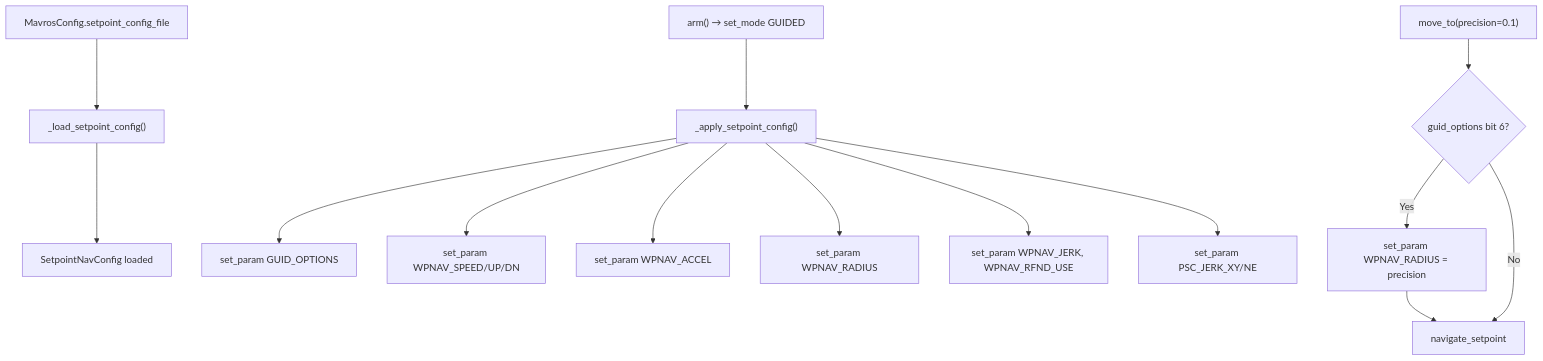
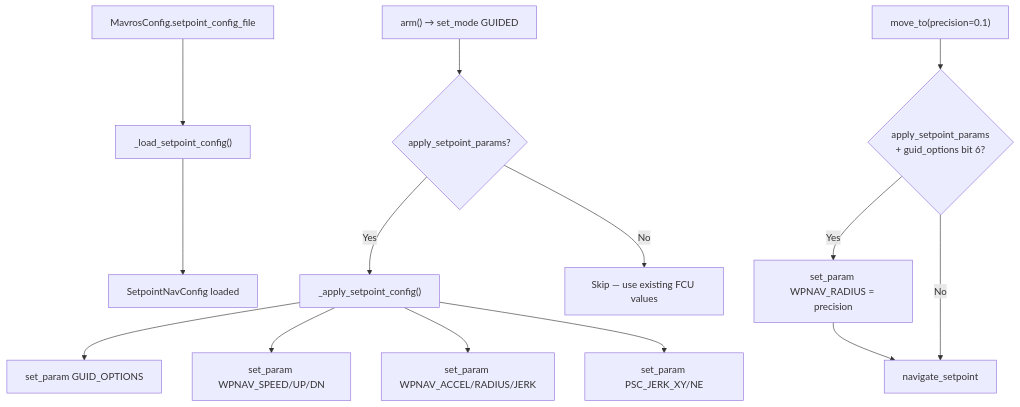
The third of 3 diagrams in nectar/nectar/control/mavros/README.md (Black-Bee-Drones/nectar-sdk), drawn with Mermaid before and after one commit. The commit also changed other lines of this file and 2 other files, not shown here.

Commit message:
feat: introduce apply_setpoint_params option to control FCU parameter application during setpoint updates

````diff
--- a/nectar/nectar/control/mavros/README.md
+++ b/nectar/nectar/control/mavros/README.md
@@ -896,16 +899,16 @@
 ```mermaid
 flowchart TD
     A["MavrosConfig.setpoint_config_file"] --> B["_load_setpoint_config()"]
     B --> C["SetpointNavConfig loaded"]
-    D["arm() → set_mode GUIDED"] --> E["_apply_setpoint_config()"]
-    E --> F["set_param GUID_OPTIONS"]
-    E --> G["set_param WPNAV_SPEED/UP/DN"]
-    E --> H["set_param WPNAV_ACCEL"]
-    E --> I["set_param WPNAV_RADIUS"]
-    E --> Ij["set_param WPNAV_JERK, WPNAV_RFND_USE"]
-    E --> Ip["set_param PSC_JERK_XY/NE"]
-    J["move_to(precision=0.1)"] --> K{"guid_options bit 6?"}
+    D["arm() → set_mode GUIDED"] --> E{"apply_setpoint_params?"}
+    E -->|Yes| F["_apply_setpoint_config()"]
+    F --> G["set_param GUID_OPTIONS"]
+    F --> H["set_param WPNAV_SPEED/UP/DN"]
+    F --> I["set_param WPNAV_ACCEL/RADIUS/JERK"]
+    F --> Ip["set_param PSC_JERK_XY/NE"]
+    E -->|No| skip["Skip — use existing FCU values"]
+    J["move_to(precision=0.1)"] --> K{"apply_setpoint_params\n+ guid_options bit 6?"}
     K -->|Yes| L["set_param WPNAV_RADIUS = precision"]
     L --> M["navigate_setpoint"]
     K -->|No| M
 ```
````
